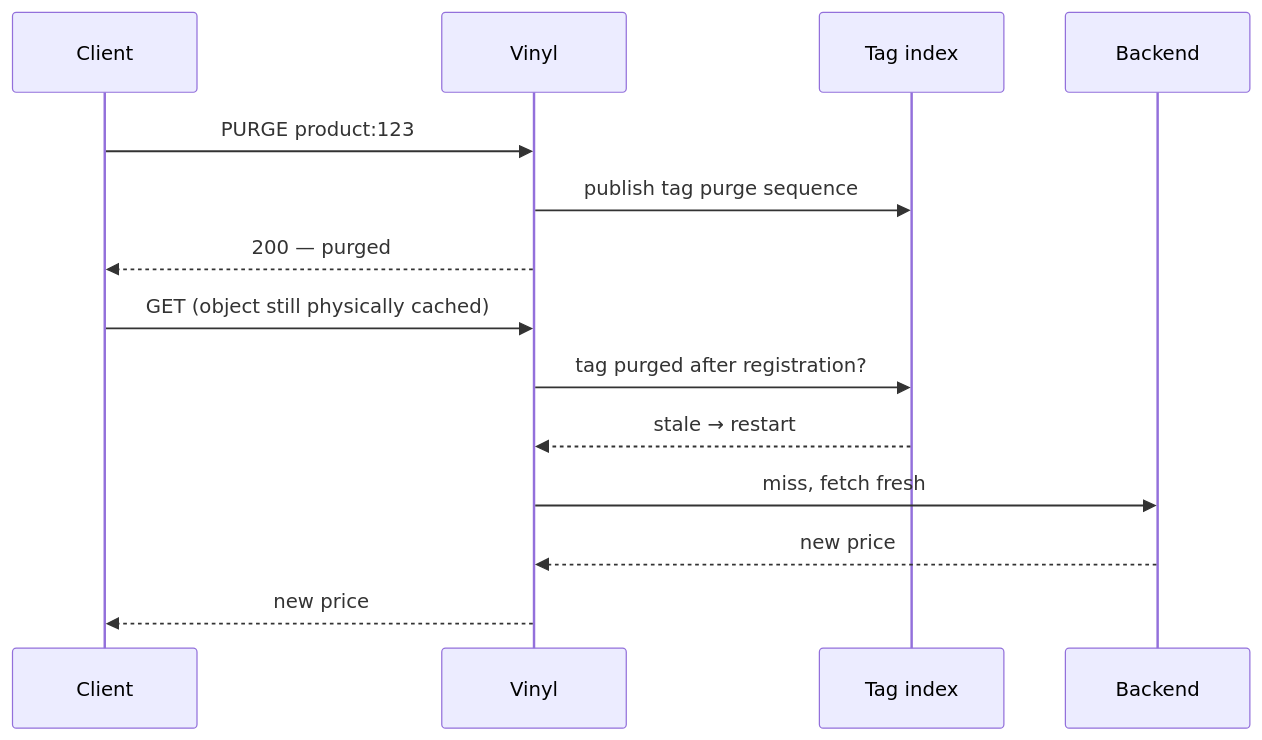
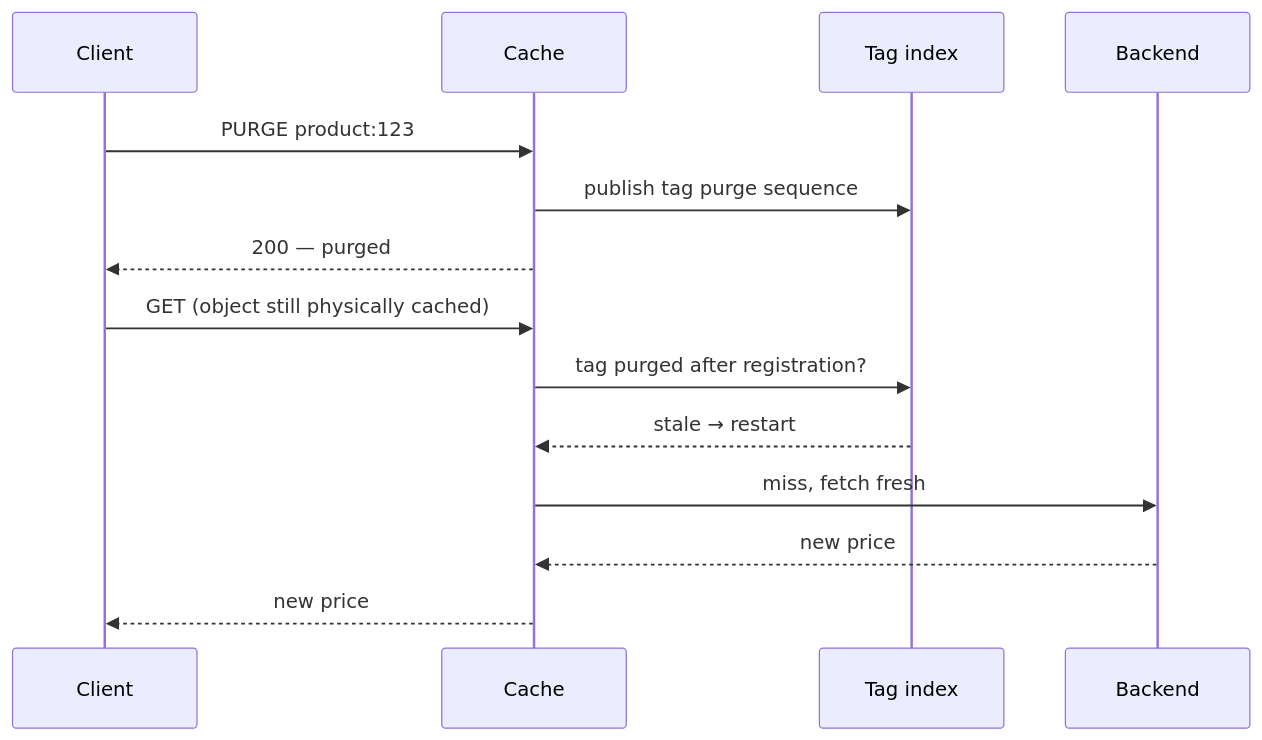
The diagram in docs/strictness.md (boffinate/libvmod-cachetag), drawn with Mermaid before and after one commit. The commit also changed 133 other files, not shown here.

First line of the commit message:
Build natively against Varnish and Vinyl Cache 9.1

````diff
--- a/docs/strictness.md
+++ b/docs/strictness.md
@@ -17,16 +17,16 @@
 ```mermaid
 sequenceDiagram
     participant C as Client
-    participant V as Vinyl
+    participant V as Cache
     participant I as Tag index
     participant B as Backend
     C->>V: PURGE product:123
     V->>I: publish tag purge sequence
     V-->>C: 200 — purged
     C->>V: GET (object still physically cached)
     V->>I: tag purged after registration?
     I-->>V: stale → restart
     V->>B: miss, fetch fresh
     B-->>V: new price
     V-->>C: new price
 ```
````
